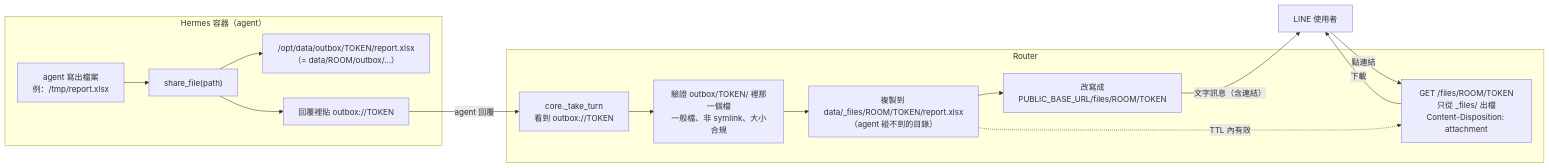
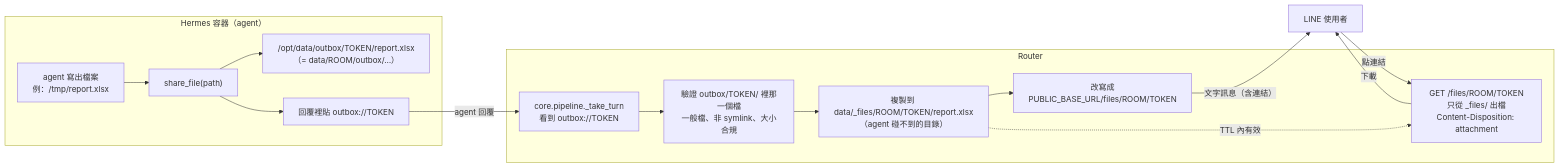
The first of 4 diagrams in docs/file-share-design.md (marychouchou/alice-office), drawn with Mermaid before and after one commit. The commit also changed other lines of this file and 44 other files, not shown here.

````diff
--- a/docs/file-share-design.md
+++ b/docs/file-share-design.md
@@ -42,28 +42,28 @@
 ```mermaid
 flowchart LR
     subgraph C["Hermes 容器（agent）"]
         A1["agent 寫出檔案<br/>例：/tmp/report.xlsx"]
         A2["share_file(path)"]
         OB["/opt/data/outbox/TOKEN/report.xlsx<br/>（= data/ROOM/outbox/…）"]
         A3["回覆裡貼 outbox://TOKEN"]
         A1 --> A2 --> OB
         A2 --> A3
     end
 
     subgraph R["Router"]
-        RW["core._take_turn<br/>看到 outbox://TOKEN"]
+        RW["core.pipeline._take_turn<br/>看到 outbox://TOKEN"]
         V["驗證 outbox/TOKEN/ 裡那一個檔<br/>一般檔、非 symlink、大小合規"]
         PF["複製到 data/_files/ROOM/TOKEN/report.xlsx<br/>（agent 碰不到的目錄）"]
         URL["改寫成<br/>PUBLIC_BASE_URL/files/ROOM/TOKEN"]
         RT["GET /files/ROOM/TOKEN<br/>只從 _files/ 出檔<br/>Content-Disposition: attachment"]
         RW --> V --> PF --> URL
     end
 
     U["LINE 使用者"]
 
     A3 -- "agent 回覆" --> RW
     URL -- "文字訊息（含連結）" --> U
     U -- "點連結" --> RT
     RT -- "下載" --> U
     PF -. "TTL 內有效" .-> RT
 ```
````
